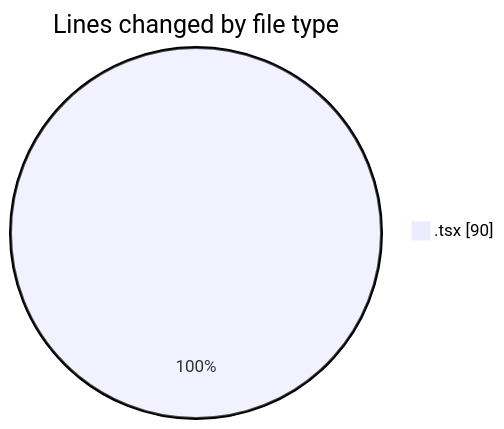
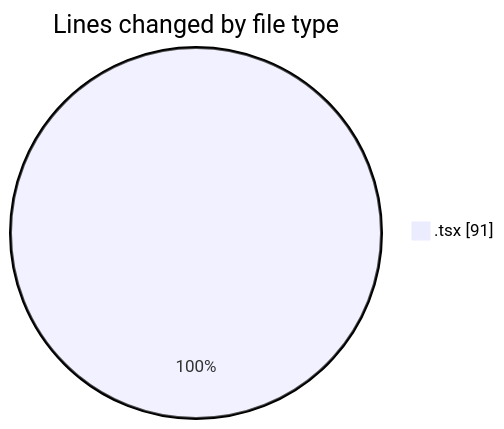
Before and after one commit to EIIisD/code-tracking: the first of 2 diagrams in 2025-08-04/tw-server/README.md, drawn with Mermaid. The commit also changed other lines of this file and 1 other file, not shown here.

````diff
--- a/2025-08-04/tw-server/README.md
+++ b/2025-08-04/tw-server/README.md
@@ -20,5 +20,5 @@
 ```mermaid
 pie showData
 title Lines changed by file type
-".tsx" : 90
+".tsx" : 91
 ```
````
